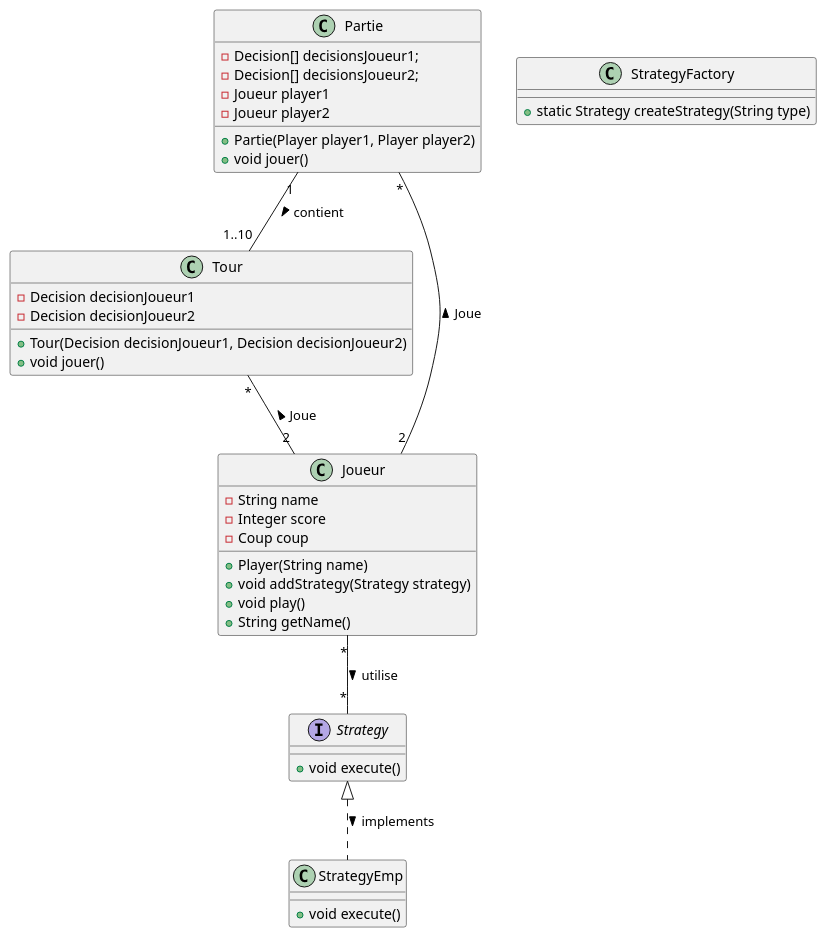
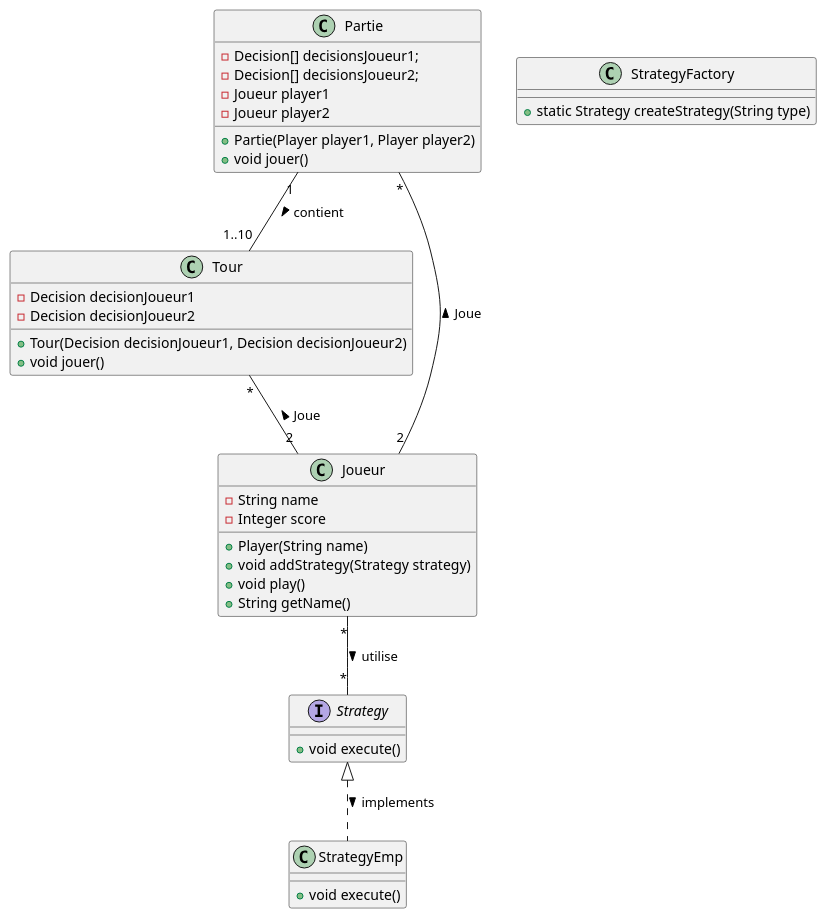
One commit to l3miage-pichouda/prisonners-dilemma-back changed the diagram in uml.wsd. Above: the diagram before and after it, drawn with PlantUML.

Commit message:
uml updated

```diff
--- a/uml.wsd
+++ b/uml.wsd
@@ -1,49 +1,48 @@
 @startuml
 
 class Partie {
     - Decision[] decisionsJoueur1;
     - Decision[] decisionsJoueur2;
     - Joueur player1
     - Joueur player2
     + Partie(Player player1, Player player2)
     + void jouer()
 }
 
 
 class Tour {
     - Decision decisionJoueur1
     - Decision decisionJoueur2
     + Tour(Decision decisionJoueur1, Decision decisionJoueur2)
     + void jouer()
 }
 
 class Joueur {
     - String name
     - Integer score
-    - Coup coup
     + Player(String name)
     + void addStrategy(Strategy strategy)
     + void play()
     + String getName()
 }
 
 interface Strategy {
     + void execute()
 }
 
 class StrategyEmp {
     + void execute()
 }
 
 
 class StrategyFactory {
     + static Strategy createStrategy(String type)
 }
 
 Partie "*" -- "2" Joueur : Joue <
 Tour "*" -- "2" Joueur : Joue <
 Partie "1" -- "1..10" Tour : contient >
 Joueur "*" -- "*" Strategy : utilise >
 Strategy <|.. StrategyEmp : implements >
 
 @enduml
```
